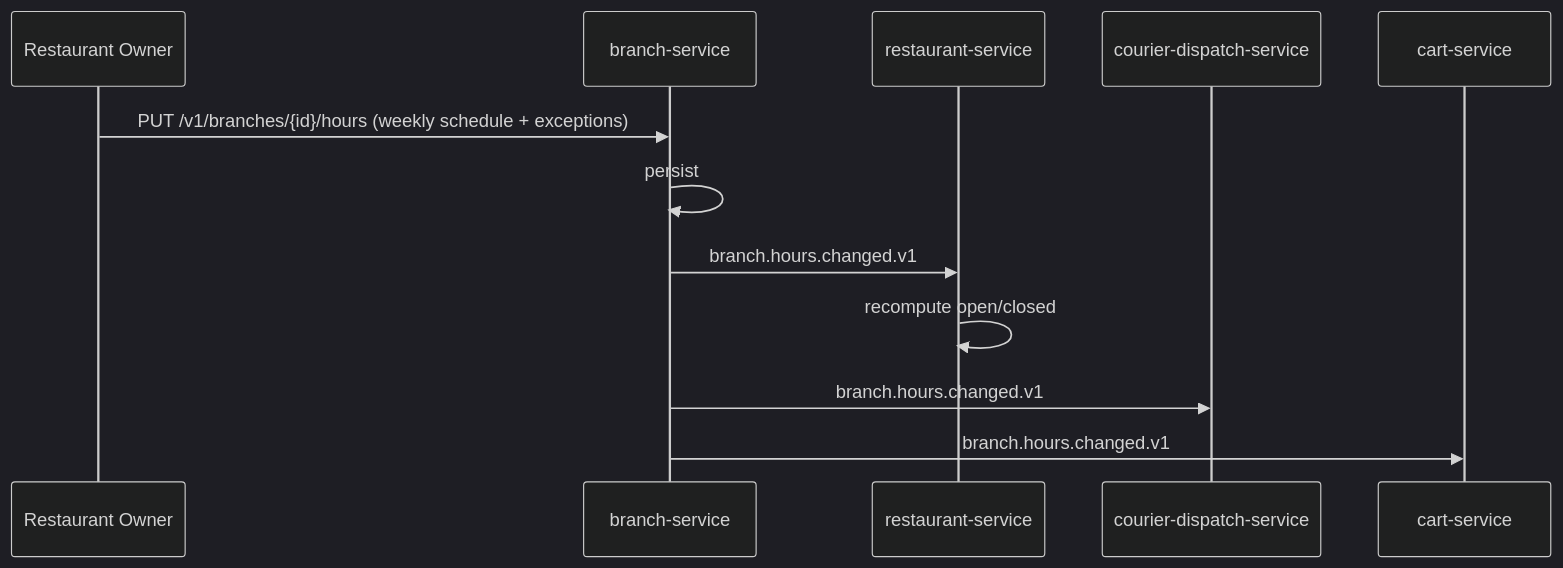
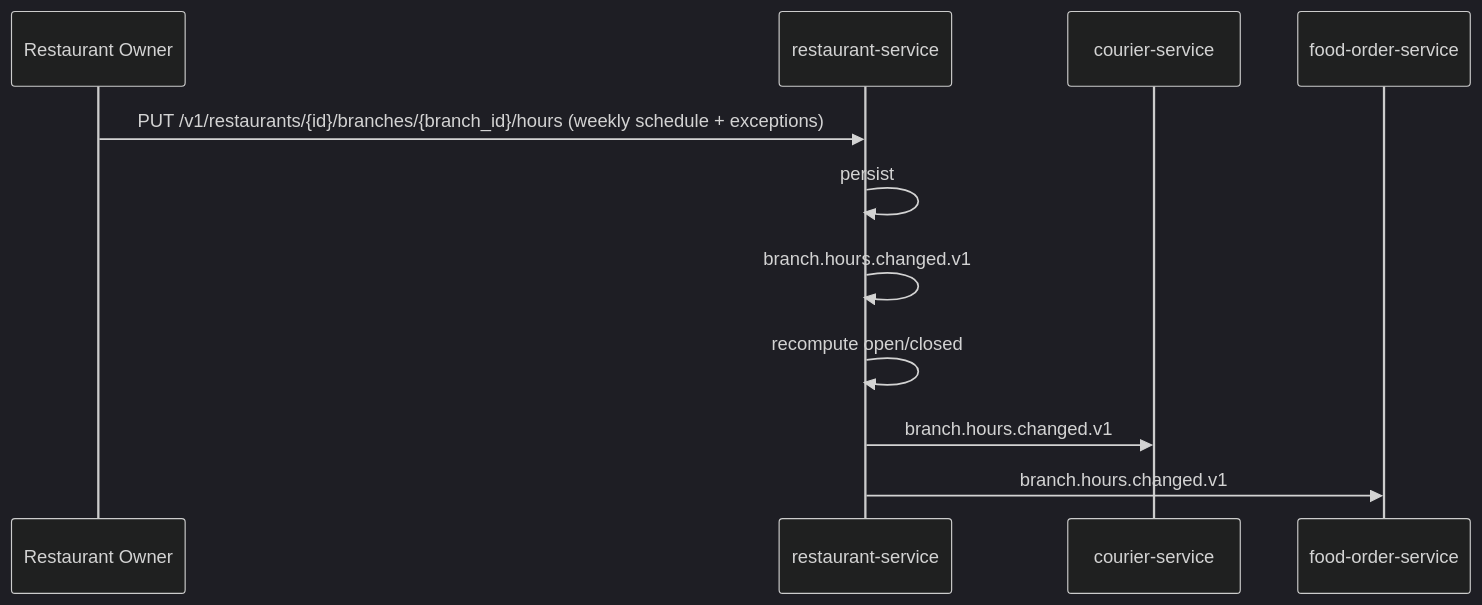
One commit to mohamedhabibwork/trips-enjoy-docs changed the seventh of 10 diagrams in docs/workflows/MERCHANT_WORKFLOWS.md. Above: the diagram before and after it, drawn with Mermaid (dark theme). The commit also changed other lines of this file and 525 other files, not shown here.

````diff
--- a/docs/workflows/MERCHANT_WORKFLOWS.md
+++ b/docs/workflows/MERCHANT_WORKFLOWS.md
@@ -174,15 +171,14 @@
 ```mermaid
 sequenceDiagram
     participant OWN as Restaurant Owner
-    participant BRH as branch-service
     participant RES as restaurant-service
-    participant CDP as courier-dispatch-service
-    participant CRT as cart-service
+    participant COS as courier-service
+    participant FOR as food-order-service
 
-    OWN->>BRH: PUT /v1/branches/{id}/hours (weekly schedule + exceptions)
-    BRH->>BRH: persist
-    BRH->>RES: branch.hours.changed.v1
+    OWN->>RES: PUT /v1/restaurants/{id}/branches/{branch_id}/hours (weekly schedule + exceptions)
+    RES->>RES: persist
+    RES->>RES: branch.hours.changed.v1
     RES->>RES: recompute open/closed
-    BRH->>CDP: branch.hours.changed.v1
-    BRH->>CRT: branch.hours.changed.v1
+    RES->>COS: branch.hours.changed.v1
+    RES->>FOR: branch.hours.changed.v1
 ```
````
